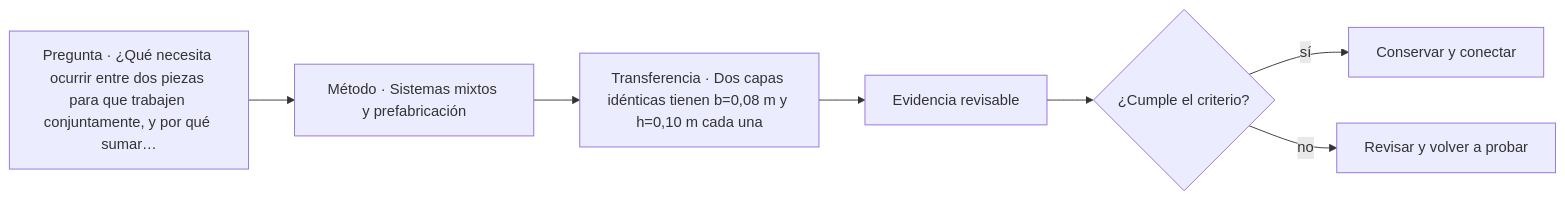
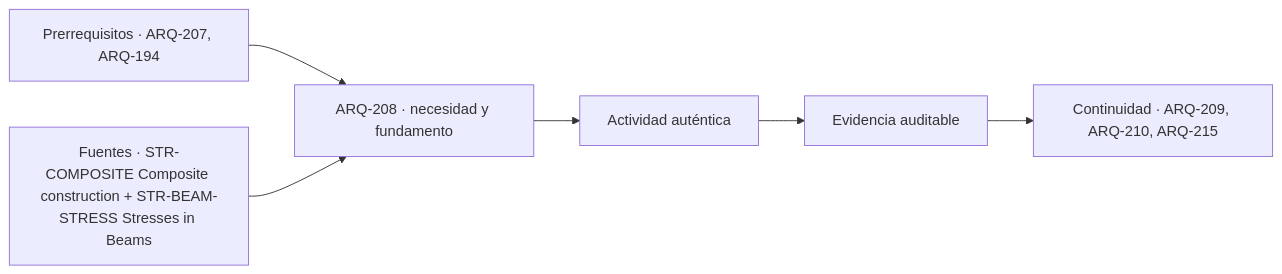
One commit to vladimiracunadev-create/architecture-built-environment-learning-program changed the diagram in classes/parte-21/ARQ-208.md. Above: the diagram before and after it, drawn with Mermaid. The commit also changed other lines of this file and 761 other files, not shown here.

````diff
--- a/classes/parte-21/ARQ-208.md
+++ b/classes/parte-21/ARQ-208.md
@@ -116,9 +128,8 @@
 ```mermaid
 flowchart LR
-    Q["Pregunta · ¿Qué necesita ocurrir entre dos piezas para que trabajen conjuntamente, y por qué sumar…"] --> M["Método · Sistemas mixtos y prefabricación"]
-    M --> P["Transferencia · Dos capas idénticas tienen b=0,08 m y h=0,10 m cada una"]
-    P --> E["Evidencia revisable"]
-    E --> C{"¿Cumple el criterio?"}
-    C -->|sí| T["Conservar y conectar"]
-    C -->|no| R["Revisar y volver a probar"]
+    A["Prerrequisitos · ARQ-207, ARQ-194"] --> B["ARQ-208 · necesidad y fundamento"]
+    S["Fuentes · STR-COMPOSITE Composite construction + STR-BEAM-STRESS Stresses in Beams"] --> B
+    B --> C["Actividad auténtica"]
+    C --> D["Evidencia auditable"]
+    D --> E["Continuidad · ARQ-209, ARQ-210, ARQ-215"]
 ```
````
